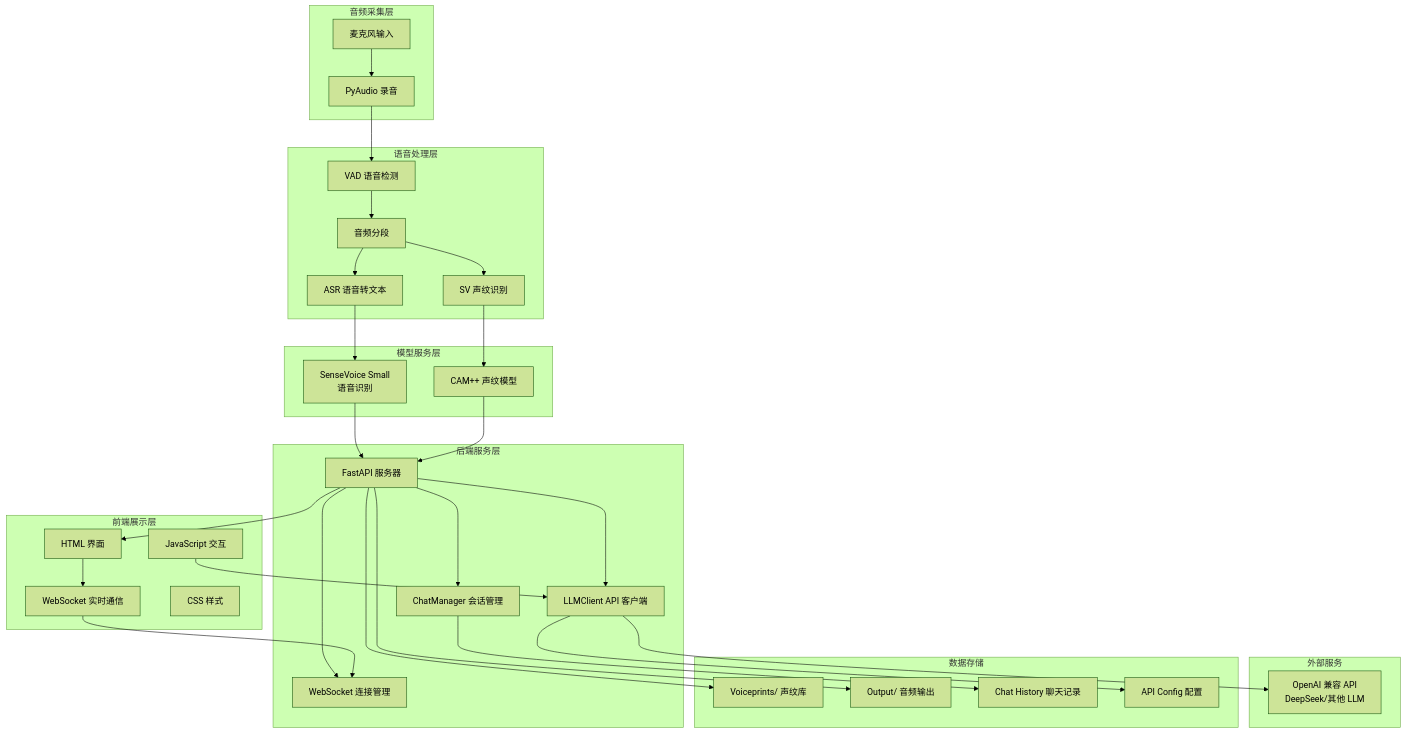
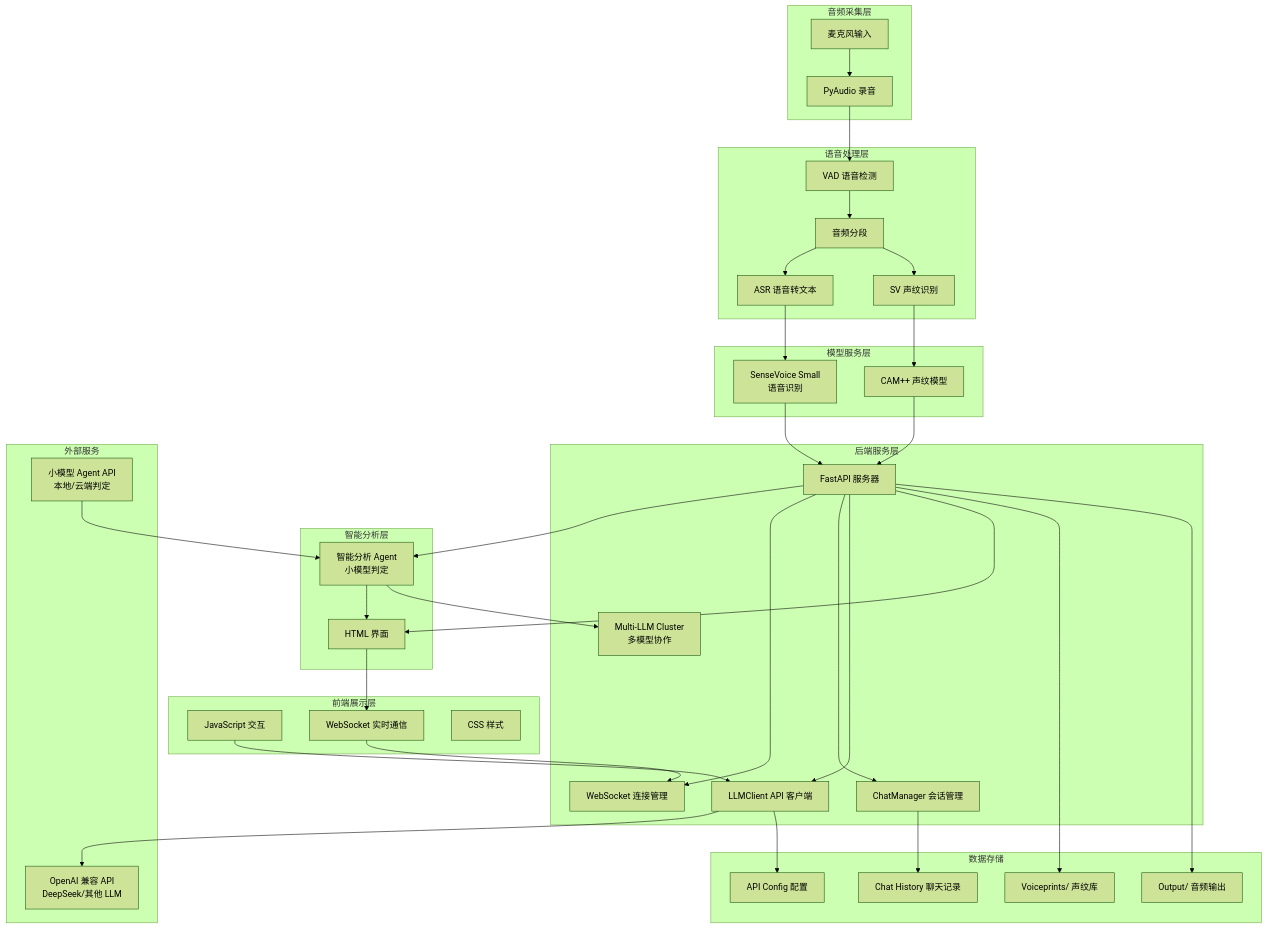
Before and after one commit to lanzeweie/ASR-interview-coder-llm: the diagram in CLAUDE.md, drawn with Mermaid (forest theme). The commit also changed other lines of this file and 15 other files, not shown here.

````diff
--- a/CLAUDE.md
+++ b/CLAUDE.md
@@ -22,61 +24,72 @@
 ```mermaid
 graph TB
     subgraph "音频采集层"
         A[麦克风输入] --> B[PyAudio 录音]
     end
 
     subgraph "语音处理层"
         B --> C[VAD 语音检测]
         C --> D[音频分段]
         D --> E[ASR 语音转文本]
         D --> F[SV 声纹识别]
     end
 
     subgraph "模型服务层"
         E --> G[SenseVoice Small<br/>语音识别]
         F --> H[CAM++ 声纹模型]
     end
 
+    subgraph "智能分析层"
+        P[智能分析 Agent<br/>小模型判定]
+        Q[多模型共话调度<br/>触发与分发]
+    end
+
     subgraph "后端服务层"
         I[FastAPI 服务器]
         J[WebSocket 连接管理]
         K[ChatManager 会话管理]
         L[LLMClient API 客户端]
+        M[Multi-LLM Cluster<br/>多模型协作]
     end
 
     subgraph "外部服务"
-        M[OpenAI 兼容 API<br/>DeepSeek/其他 LLM]
+        N[OpenAI 兼容 API<br/>DeepSeek/其他 LLM]
+        O[小模型 Agent API<br/>本地/云端判定]
     end
 
     subgraph "前端展示层"
-        N[HTML 界面]
-        O[JavaScript 交互]
-        P[WebSocket 实时通信]
-        Q[CSS 样式]
+        Q[HTML 界面]
+        R[JavaScript 交互]
+        S[WebSocket 实时通信]
+        T[CSS 样式]
     end
 
     subgraph "数据存储"
-        R[Voiceprints/ 声纹库]
-        S[Output/ 音频输出]
-        T[Chat History 聊天记录]
-        U[API Config 配置]
+        U[Voiceprints/ 声纹库]
+        V[Output/ 音频输出]
+        W[Chat History 聊天记录]
+        X[API Config 配置]
     end
 
     %% 数据流
     G --> I
     H --> I
+    I --> P
+    P --> Q
+    P --> M
     I --> J
     I --> K
     I --> L
-    L --> M
-    I --> N
-    N --> P
-    P --> J
-    O --> L
+    L --> N
+    O --> P
+    I --> Q
+    Q --> S
+    S --> J
+    R --> L
 
     %% 存储连接
-    I --> R
-    I --> S
-    K --> T
-    L --> U
+    I --> U
+    I --> V
+    K --> W
+    L --> X
 ```
````
